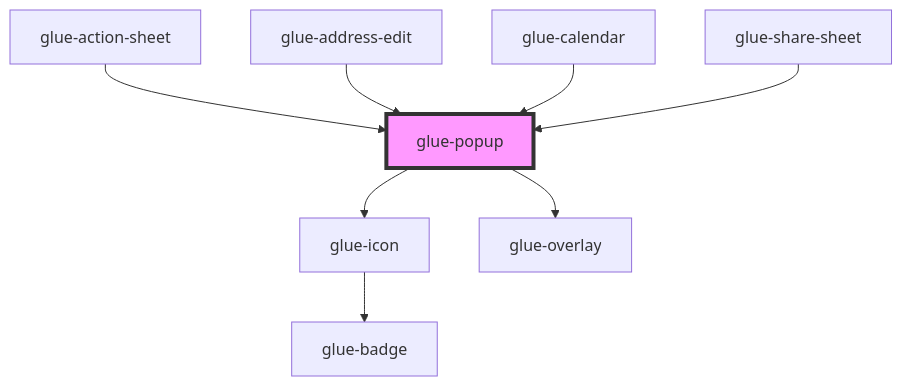
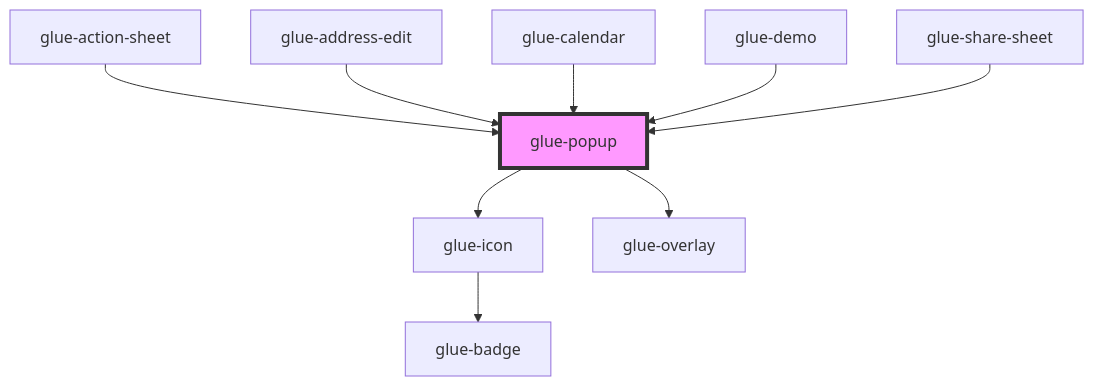
The diagram in packages/glue-components/src/components/glue-popup/readme.md (grasilife/glue), drawn with Mermaid before and after one commit. The commit also changed other lines of this file and 7 other files, not shown here.

````diff
--- a/packages/glue-components/src/components/glue-popup/readme.md
+++ b/packages/glue-components/src/components/glue-popup/readme.md
@@ -64,11 +65,12 @@
 ```mermaid
 graph TD;
   glue-popup --> glue-icon
   glue-popup --> glue-overlay
   glue-icon --> glue-badge
   glue-action-sheet --> glue-popup
   glue-address-edit --> glue-popup
   glue-calendar --> glue-popup
+  glue-demo --> glue-popup
   glue-share-sheet --> glue-popup
   style glue-popup fill:#f9f,stroke:#333,stroke-width:4px
 ```
````
